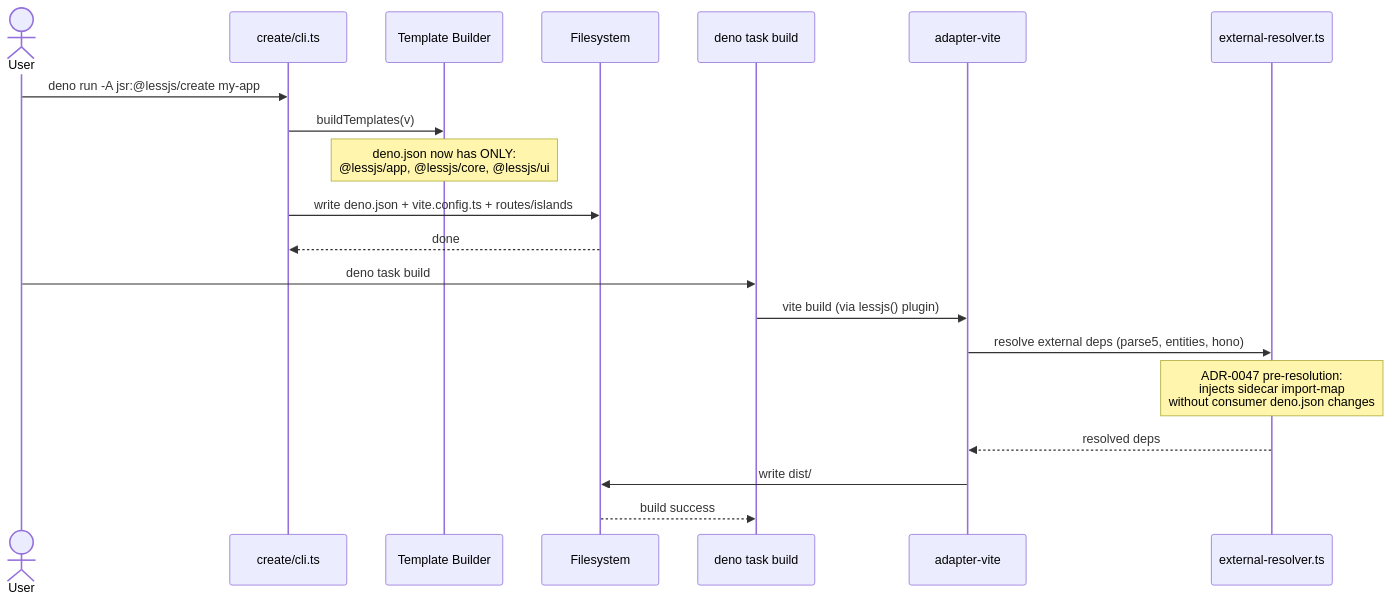
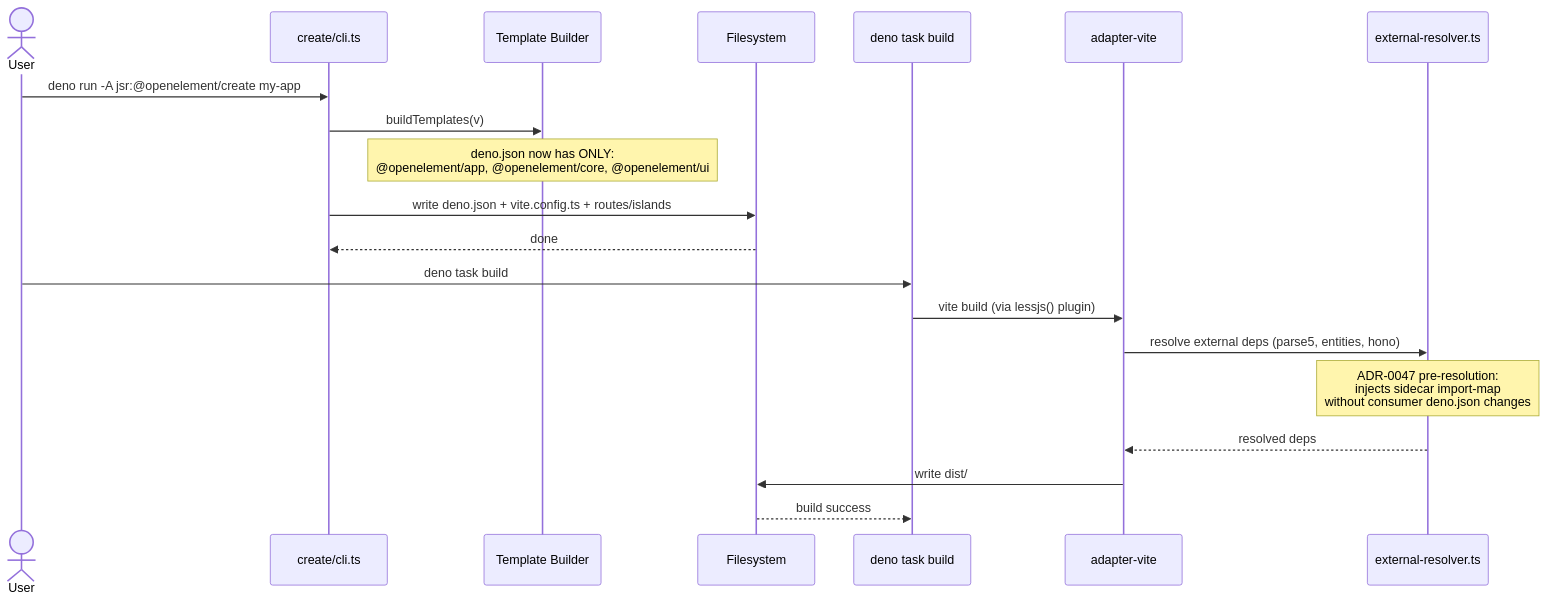
Before and after one commit to lessjs-run/lessjs: the fourth of 8 diagrams in docs/system_design.md, drawn with Mermaid. The commit also changed other lines of this file and 703 other files, not shown here.

````diff
--- a/docs/system_design.md
+++ b/docs/system_design.md
@@ -261,24 +261,24 @@
 ```mermaid
 sequenceDiagram
     actor User
     participant CLI as create/cli.ts
     participant TPL as Template Builder
     participant FS as Filesystem
     participant Deno as deno task build
     participant Vite as adapter-vite
     participant Resolver as external-resolver.ts
 
-    User->>CLI: deno run -A jsr:@lessjs/create my-app
+    User->>CLI: deno run -A jsr:@openelement/create my-app
     CLI->>TPL: buildTemplates(v)
-    Note over TPL: deno.json now has ONLY:<br/>@lessjs/app, @lessjs/core, @lessjs/ui
+    Note over TPL: deno.json now has ONLY:<br/>@openelement/app, @openelement/core, @openelement/ui
     CLI->>FS: write deno.json + vite.config.ts + routes/islands
     FS-->>CLI: done
 
     User->>Deno: deno task build
     Deno->>Vite: vite build (via lessjs() plugin)
     Vite->>Resolver: resolve external deps (parse5, entities, hono)
     Note over Resolver: ADR-0047 pre-resolution:<br/>injects sidecar import-map<br/>without consumer deno.json changes
     Resolver-->>Vite: resolved deps
     Vite->>FS: write dist/
     FS-->>Deno: build success
 ```
````
